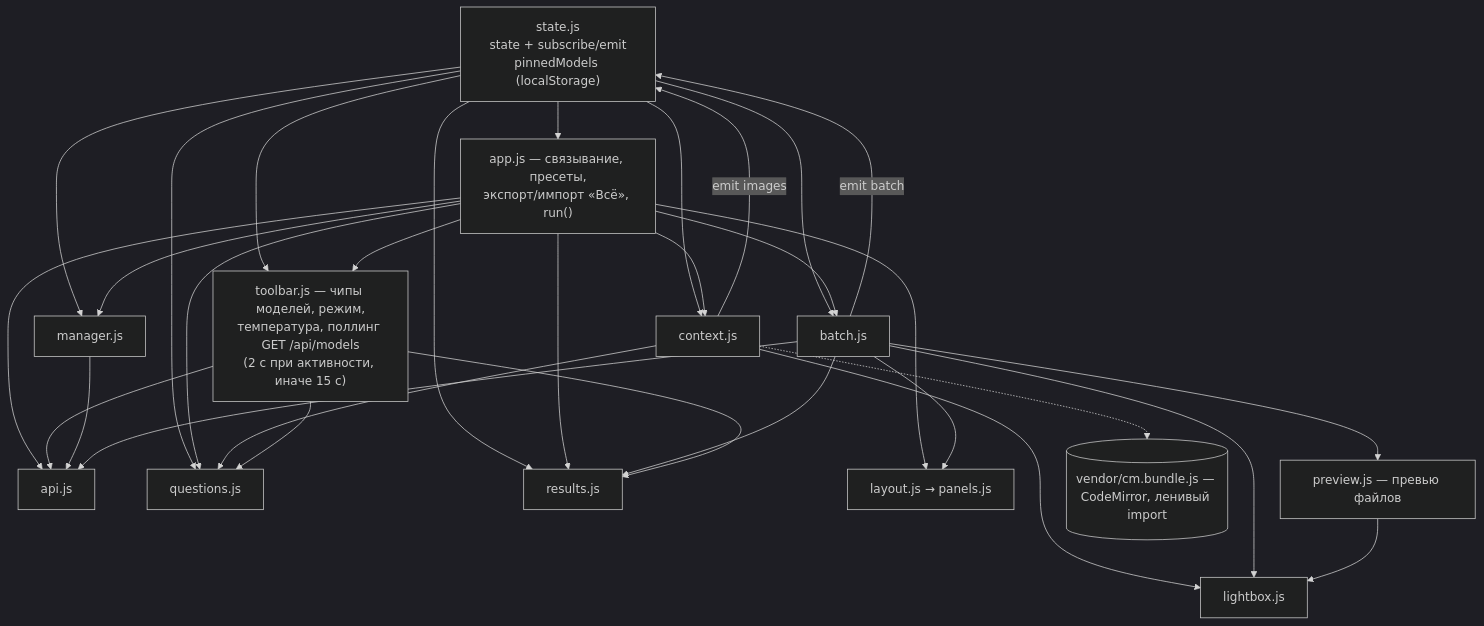
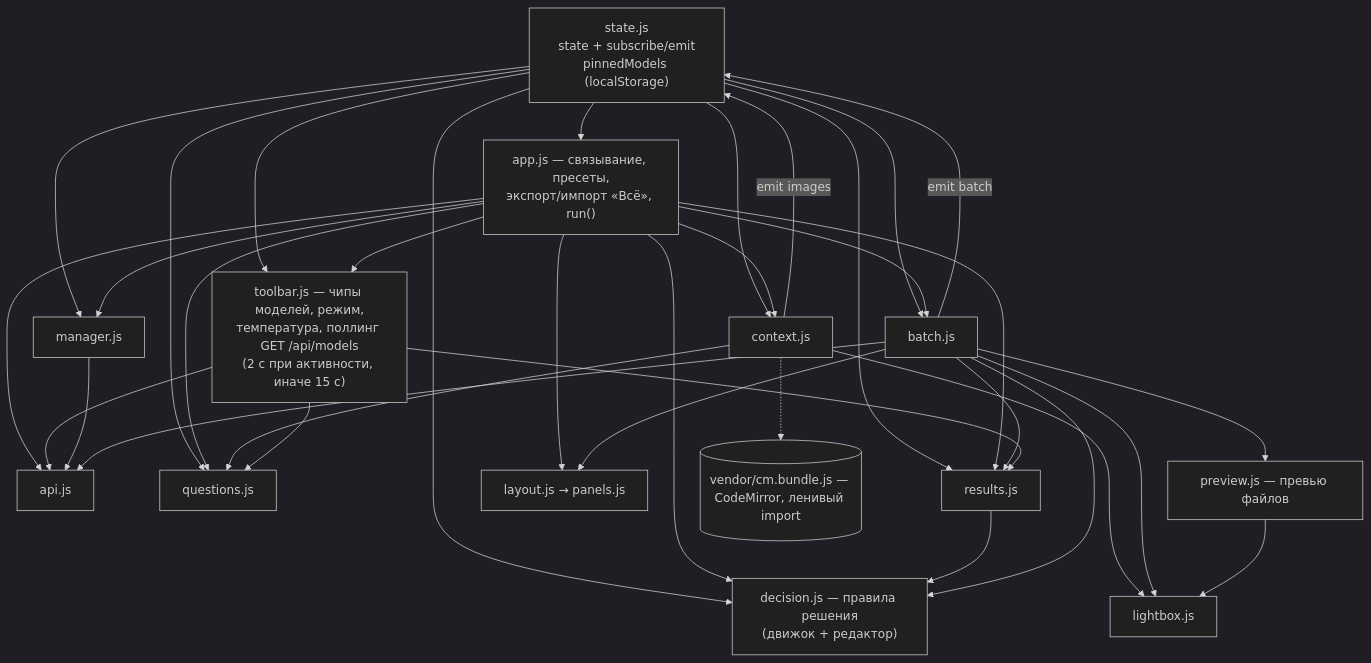
The fourth of 5 diagrams in ARCHITECTURE.md (chkalofff/decision-qa), drawn with Mermaid (dark theme) before and after one commit. The commit also changed other lines of this file and 2 other files, not shown here.

Commit message:
docs: README/ARCHITECTURE — блок «Решение» (движок, редактор, эндпоинт генерации, propose_decision), реестр техдолга пополнен (batch.js/assistant.js/results.js >800 строк)

````diff
--- a/ARCHITECTURE.md
+++ b/ARCHITECTURE.md
@@ -250,47 +267,52 @@
 ```mermaid
 graph TD
     STATE["state.js<br/>state + subscribe/emit<br/>pinnedModels (localStorage)"]
     APIJS[api.js]
     APP["app.js — связывание, пресеты,<br/>экспорт/импорт «Всё», run()"]
     TB["toolbar.js — чипы моделей, режим,<br/>температура, поллинг GET /api/models<br/>(2 с при активности, иначе 15 с)"]
     QM[questions.js]
+    DEC["decision.js — правила решения<br/>(движок + редактор)"]
     CTX[context.js]
     RES[results.js]
     BATCH[batch.js]
     MGR[manager.js]
     LAY["layout.js → panels.js"]
     LB[lightbox.js]
     PV[preview.js — превью файлов]
     CM[("vendor/cm.bundle.js — CodeMirror, ленивый import")]
 
     STATE --> APP
     STATE --> TB
     STATE --> QM
+    STATE --> DEC
     STATE --> CTX
     STATE --> RES
     STATE --> BATCH
     STATE --> MGR
     APP --> APIJS
     TB --> APIJS
     MGR --> APIJS
     BATCH --> APIJS
     APP --> QM
+    APP --> DEC
     APP --> CTX
     APP --> RES
     APP --> BATCH
     APP --> TB
     APP --> LAY
     APP --> MGR
     CTX --> QM
     CTX --> LB
     CTX -.-> CM
+    RES --> DEC
     BATCH --> RES
+    BATCH --> DEC
     BATCH --> LAY
     BATCH --> LB
     BATCH --> PV
     PV --> LB
     TB --> QM
     TB --> RES
     CTX -->|emit images| STATE
     BATCH -->|emit batch| STATE
 ```
````
